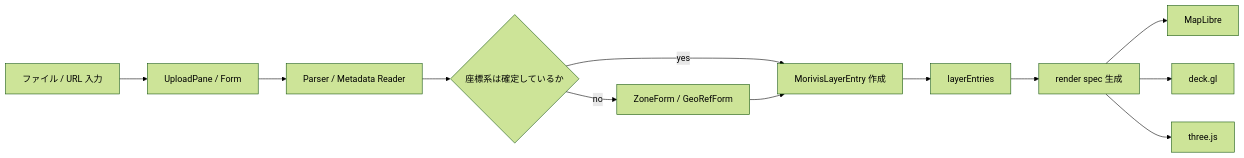
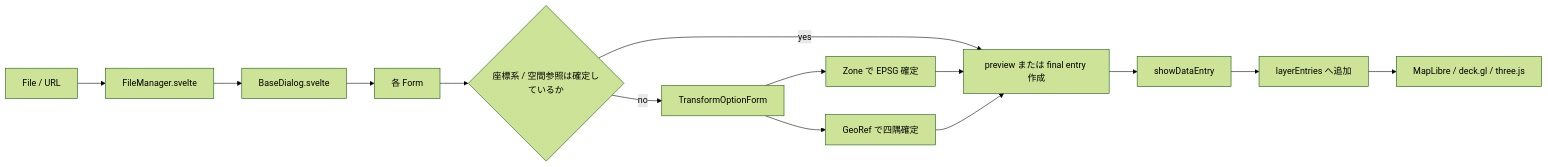
The first of 6 diagrams in docs/data-pipeline.md (forestacdev/morivis), drawn with Mermaid (forest theme) before and after one commit. The commit also changed other lines of this file and 2 other files, not shown here.

````diff
--- a/docs/data-pipeline.md
+++ b/docs/data-pipeline.md
@@ -11,14 +10,16 @@
 ```mermaid
 flowchart LR
-	A["ファイル / URL 入力"] --> B["UploadPane / Form"]
-	B --> C["Parser / Metadata Reader"]
-	C --> D{"座標系は確定しているか"}
-	D -- yes --> E["MorivisLayerEntry 作成"]
-	D -- no --> F["ZoneForm / GeoRefForm"]
-	F --> E
-	E --> G["layerEntries"]
-	G --> H["render spec 生成"]
-	H --> I["MapLibre"]
-	H --> J["deck.gl"]
-	H --> K["three.js"]
+	A["File / URL"] --> B["FileManager.svelte"]
+	B --> C["BaseDialog.svelte"]
+	C --> D["各 Form"]
+	D --> E{"座標系 / 空間参照は確定しているか"}
+	E -- yes --> F["preview または final entry 作成"]
+	E -- no --> G["TransformOptionForm"]
+	G --> H["Zone で EPSG 確定"]
+	G --> I["GeoRef で四隅確定"]
+	H --> F
+	I --> F
+	F --> J["showDataEntry"]
+	J --> K["layerEntries へ追加"]
+	K --> L["MapLibre / deck.gl / three.js"]
 ```
````
